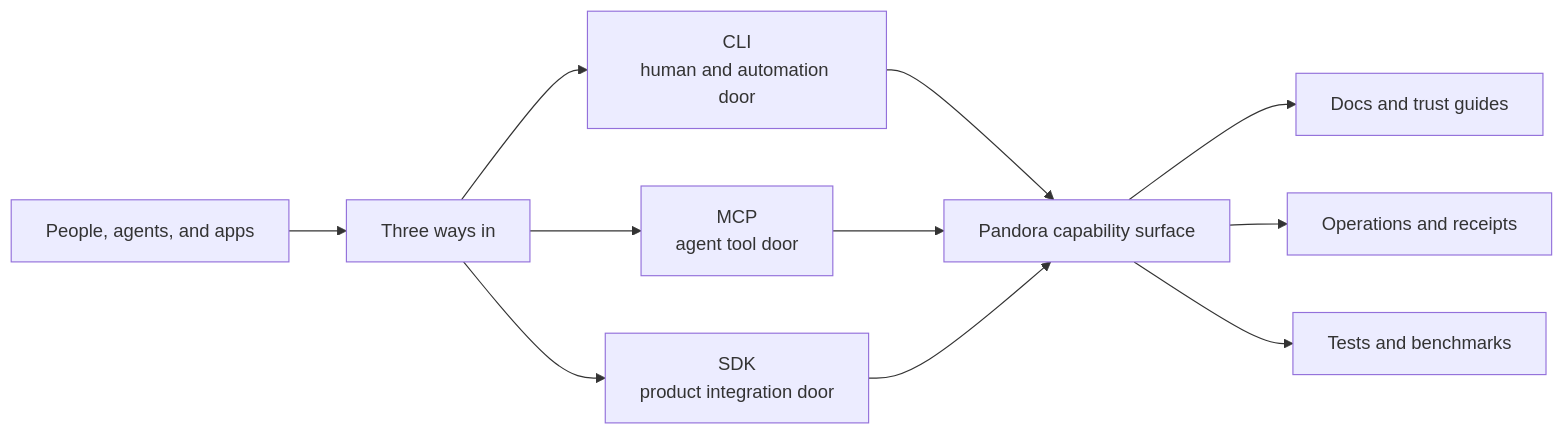
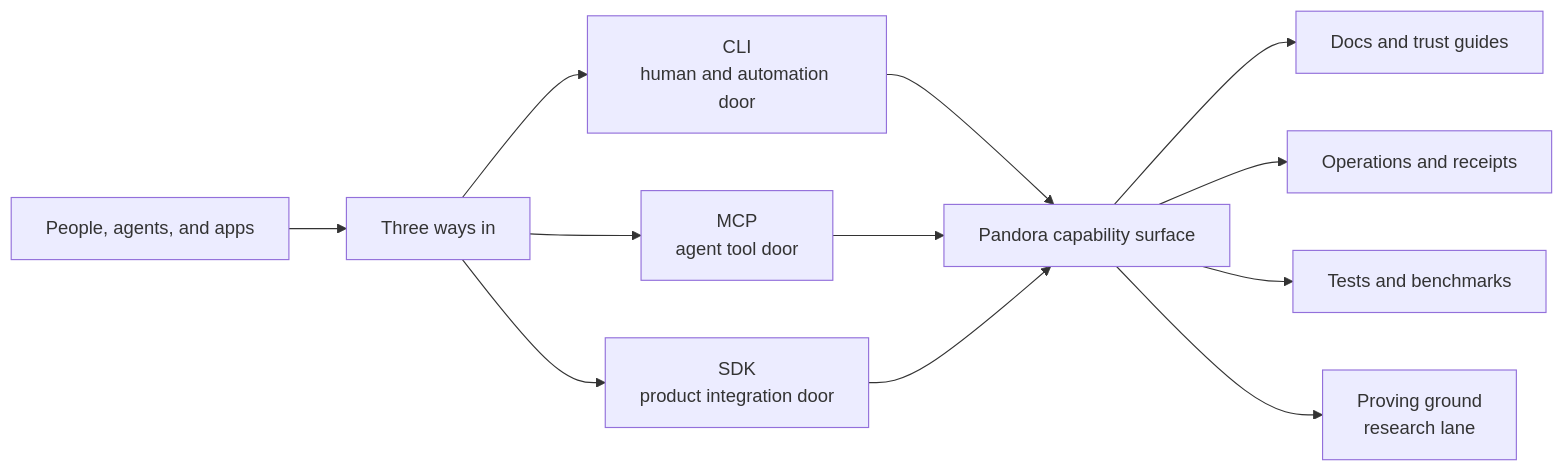
One commit to XoAnonXo/pandora-cli-skills changed the first of 2 diagrams in knowledge-base/overview.md. Above: the diagram before and after it, drawn with Mermaid. The commit also changed other lines of this file and 8 other files, not shown here.

````diff
--- a/knowledge-base/overview.md
+++ b/knowledge-base/overview.md
@@ -26,13 +30,14 @@
 ```mermaid
 flowchart LR
   Users["People, agents, and apps"] --> Doors["Three ways in"]
   Doors --> CLI["CLI<br/>human and automation door"]
   Doors --> MCP["MCP<br/>agent tool door"]
   Doors --> SDK["SDK<br/>product integration door"]
   CLI --> Core["Pandora capability surface"]
   MCP --> Core
   SDK --> Core
   Core --> Docs["Docs and trust guides"]
   Core --> Ops["Operations and receipts"]
   Core --> Checks["Tests and benchmarks"]
+  Core --> Research["Proving ground<br/>research lane"]
 ```
````
